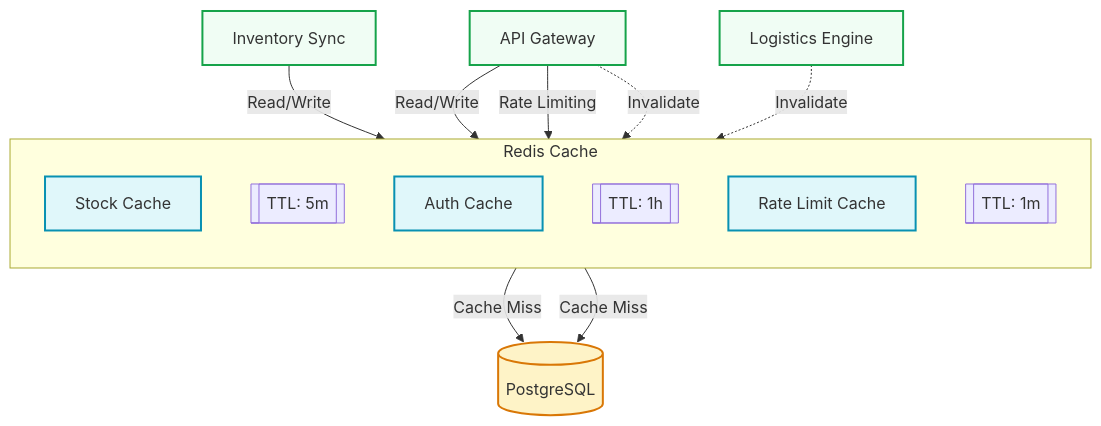
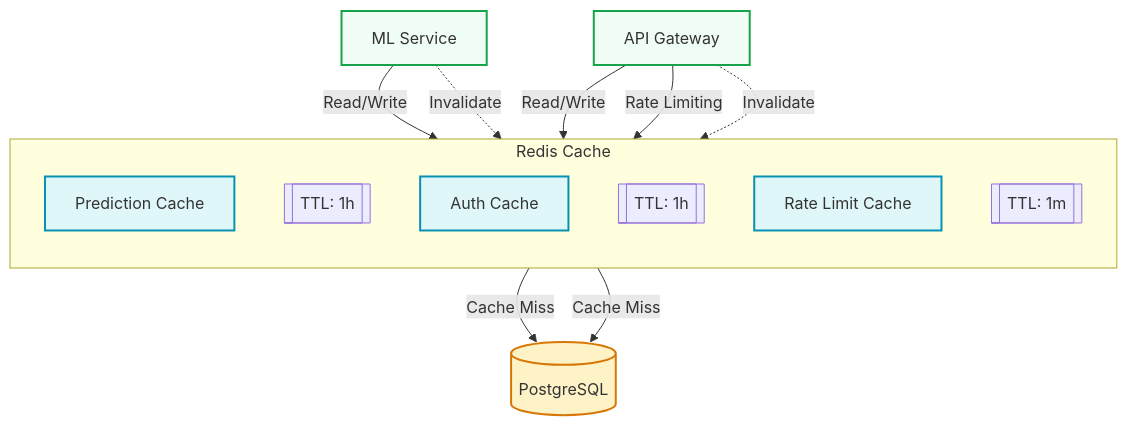
One commit to caiotheodoro/synkro changed the sixth of 7 diagrams in README.md. Above: the diagram before and after it, drawn with Mermaid. The commit also changed other lines of this file, not shown here.

First line of the commit message:
feat: Update README.md to reflect architectural changes and service details

````diff
--- a/README.md
+++ b/README.md
@@ -640,40 +597,39 @@
 ```mermaid
 flowchart TB
     %% Styles
     classDef service fill:#f0fdf4,stroke:#16a34a,stroke-width:2px
     classDef cache fill:#e0f7fa,stroke:#0891b2,stroke-width:2px
     classDef db fill:#fef3c7,stroke:#d97706,stroke-width:2px
     
     %% Services
-    IS[Inventory Sync]:::service
+    ML[ML Service]:::service
     AG[API Gateway]:::service
-    LE[Logistics Engine]:::service
     
     %% Cache Layers
     subgraph Redis[Redis Cache]
         direction TB
-        SC[Stock Cache]:::cache
-        SC_TTL[["TTL: 5m"]]
+        PC[Prediction Cache]:::cache
+        PC_TTL[["TTL: 1h"]]
         
         AC[Auth Cache]:::cache
         AC_TTL[["TTL: 1h"]]
         
         RC[Rate Limit Cache]:::cache
         RC_TTL[["TTL: 1m"]]
     end
     
     %% Database
     DB[(PostgreSQL)]:::db
     
     %% Cache Flows
-    IS -->|"Read/Write"| SC
-    AG -->|"Read/Write"| AC
-    AG -->|"Rate Limiting"| RC
+    ML -->|"Read/Write"|PC
+    AG -->|"Read/Write"|AC
+    AG -->|"Rate Limiting"|RC
     
-    SC -->|"Cache Miss"| DB
-    AC -->|"Cache Miss"| DB
+    PC -->|"Cache Miss"|DB
+    AC -->|"Cache Miss"|DB
     
     %% Invalidation
-    LE -.->|"Invalidate"| SC
-    AG -.->|"Invalidate"| AC
+    ML -.->|"Invalidate"|PC
+    AG -.->|"Invalidate"|AC
 ```
````
